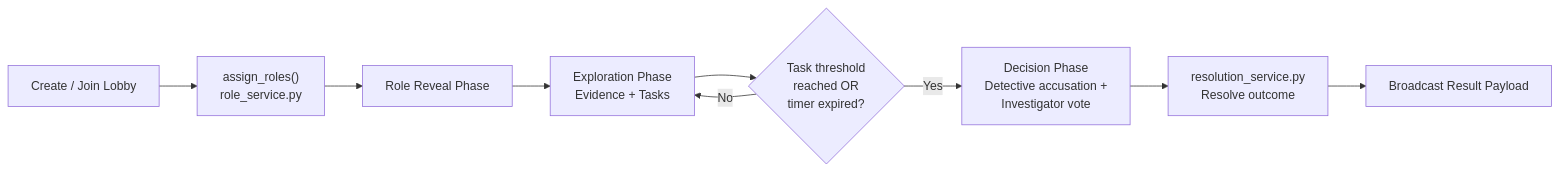
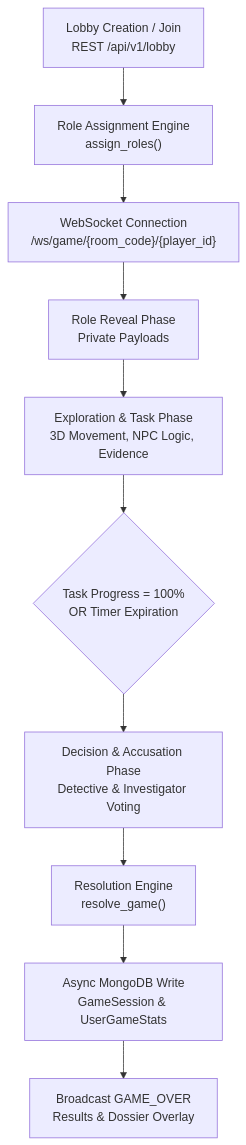
One commit to Akash04471/campusgame changed the second of 2 diagrams in README.md. Above: the diagram before and after it, drawn with Mermaid. The commit also changed other lines of this file, not shown here.

Commit message:
Update README.md with comprehensive problem statement, user architecture, engineering decisions, and MongoDB document schemas

````diff
--- a/README.md
+++ b/README.md
@@ -316,11 +191,12 @@
 ```mermaid
-flowchart LR
-    A["Create / Join Lobby"] --> B["assign_roles()\nrole_service.py"]
-    B --> C["Role Reveal Phase"]
-    C --> D["Exploration Phase\nEvidence + Tasks"]
-    D --> E{"Task threshold\nreached OR\ntimer expired?"}
-    E -- No --> D
-    E -- Yes --> F["Decision Phase\nDetective accusation +\nInvestigator vote"]
-    F --> G["resolution_service.py\nResolve outcome"]
-    G --> H["Broadcast Result Payload"]
+flowchart TD
+    A["Lobby Creation / Join\nREST /api/v1/lobby"] --> B["Role Assignment Engine\nassign_roles()"]
+    B --> C["WebSocket Connection\n/ws/game/{room_code}/{player_id}"]
+    C --> D["Role Reveal Phase\nPrivate Payloads"]
+    D --> E["Exploration & Task Phase\n3D Movement, NPC Logic, Evidence"]
+    E --> F{"Task Progress = 100%\nOR Timer Expiration"}
+    F --> G["Decision & Accusation Phase\nDetective & Investigator Voting"]
+    G --> H["Resolution Engine\nresolve_game()"]
+    H --> I["Async MongoDB Write\nGameSession & UserGameStats"]
+    I --> J["Broadcast GAME_OVER\nResults & Dossier Overlay"]
 ```
````
